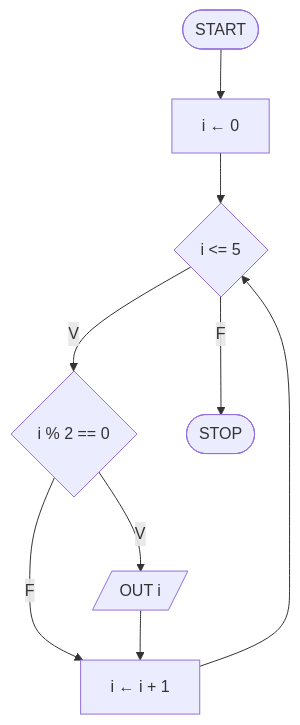
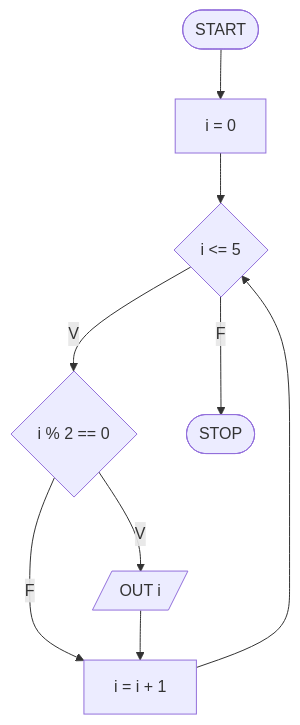
One commit to pg-laboratorio/flowcharts_laboratorio_esercizi changed diagram 17 of 28 in flowcharts_soluzioni.md. Above: the diagram before and after it, drawn with Mermaid. The commit also changed other lines of this file, not shown here.

````diff
--- a/flowcharts_soluzioni.md
+++ b/flowcharts_soluzioni.md
@@ -394,11 +394,11 @@
 ```mermaid
 graph TD
-    START([START]) --> INIT["i ← 0"]
+    START([START]) --> INIT["i = 0"]
     INIT --> COND{"i <= 5"}
     COND -- V --> CHK{"i % 2 == 0"}
     CHK -- V --> OUTPUT[/"OUT i"/]
-    CHK -- F --> INC["i ← i + 1"]
+    CHK -- F --> INC["i = i + 1"]
     OUTPUT --> INC
     INC --> COND
     COND -- F --> STOP([STOP])
 ```
````
